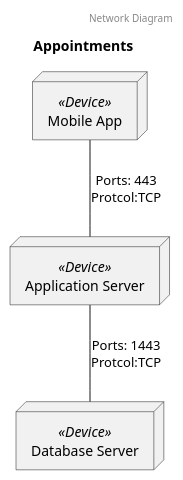
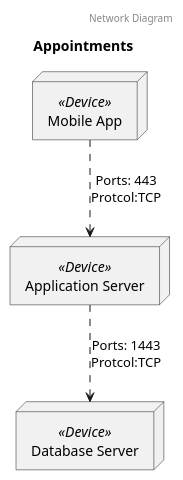
Before and after one commit to garrettsutula/example-trellis-project: the first of 3 diagrams in diagrams/systems/Appointments.puml, drawn with PlantUML. The commit also changed other lines of this file and 23 other files, not shown here.

Commit message:
Update deps, add examples of new diagrams, update for breaking interface changes

```diff
--- a/diagrams/systems/Appointments.puml
+++ b/diagrams/systems/Appointments.puml
@@ -1,12 +1,12 @@
 @startuml Network Diagram Appointments
 header Network Diagram
 title Appointments
-	node "Mobile App" as Mobile_App <<Device>> {
-	}
-	node "Application Server" as Application_Server <<Device>> {
-	}
-	node "Database Server" as Database_Server <<Device>> {
-	}
-	Mobile_App -- Application_Server: Ports: 443\nProtcol:TCP
-	Application_Server -- Database_Server: Ports: 1443\nProtcol:TCP
+node "Mobile App" as Mobile_App <<Device>> {
+}
+node "Application Server" as Application_Server <<Device>> {
+}
+node "Database Server" as Database_Server <<Device>> {
+}
+	Mobile_App .down-> Application_Server: Ports: 443\nProtcol:TCP
+	Application_Server .down-> Database_Server: Ports: 1443\nProtcol:TCP
 @enduml
```
